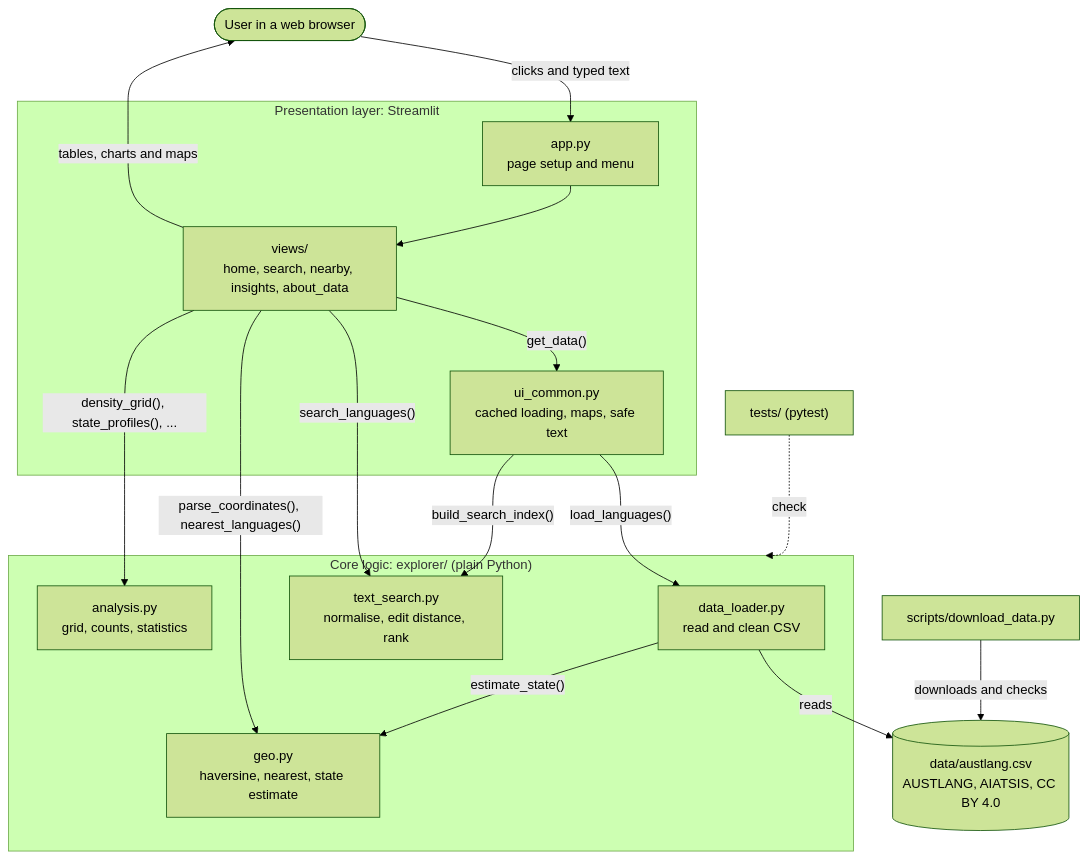
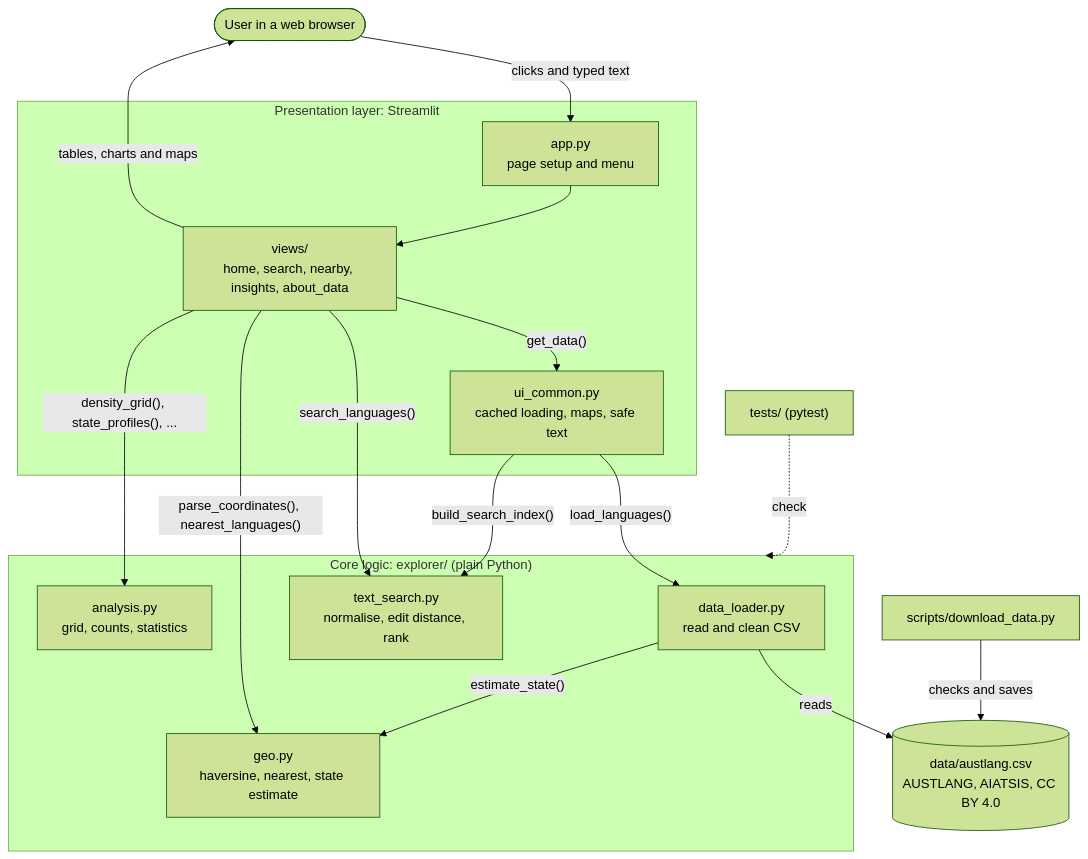
The diagram in README.md (jiiimmmmyyyy0/austlang-explorer), drawn with Mermaid (forest theme) before and after one commit. The commit also changed other lines of this file and 9 other files, not shown here.

````diff
--- a/README.md
+++ b/README.md
@@ -106,32 +103,32 @@
 ```mermaid
 flowchart TD
     user([User in a web browser])
     subgraph UI["Presentation layer: Streamlit"]
         app["app.py<br/>page setup and menu"]
         views["views/<br/>home, search, nearby, insights, about_data"]
         common["ui_common.py<br/>cached loading, maps, safe text"]
     end
     subgraph CORE["Core logic: explorer/ (plain Python)"]
         loader["data_loader.py<br/>read and clean CSV"]
         search["text_search.py<br/>normalise, edit distance, rank"]
         geo["geo.py<br/>haversine, nearest, state estimate"]
         analysis["analysis.py<br/>grid, counts, statistics"]
     end
     csv[("data/austlang.csv<br/>AUSTLANG, AIATSIS, CC BY 4.0")]
     script["scripts/download_data.py"]
     tests["tests/ (pytest)"]
 
     user -- "clicks and typed text" --> app
     app --> views
     views -- "get_data()" --> common
     common -- "load_languages()" --> loader
     loader -- "reads" --> csv
-    script -- "downloads and checks" --> csv
+    script -- "checks and saves" --> csv
     loader -- "estimate_state()" --> geo
     common -- "build_search_index()" --> search
     views -- "search_languages()" --> search
     views -- "parse_coordinates(), nearest_languages()" --> geo
     views -- "density_grid(), state_profiles(), ..." --> analysis
     views -- "tables, charts and maps" --> user
     tests -. "check" .-> CORE
 ```
````
